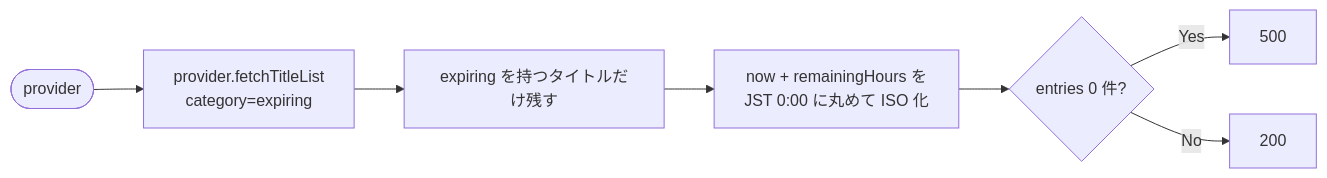
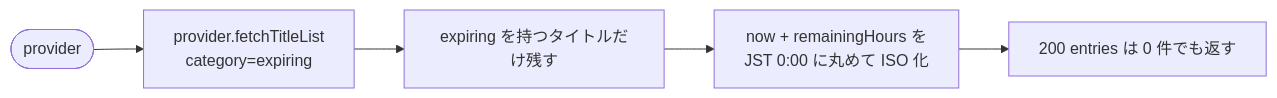
The second of 5 diagrams in docs/features/lambda-processing-flow.md (tkgstrator/anime-tracker), drawn with Mermaid before and after one commit. The commit also changed other lines of this file and 2 other files, not shown here.

````diff
--- a/docs/features/lambda-processing-flow.md
+++ b/docs/features/lambda-processing-flow.md
@@ -192,9 +204,7 @@
 ```mermaid
 flowchart LR
   A([provider]) --> B[provider.fetchTitleList<br/>category=expiring]
   B --> C[expiring を持つタイトルだけ残す]
   C --> D[now + remainingHours を<br/>JST 0:00 に丸めて ISO 化]
-  D --> E{entries 0 件?}
-  E -- Yes --> Err[500]
-  E -- No --> Ok[200]
+  D --> Ok[200 entries は 0 件でも返す]
 ```
````
